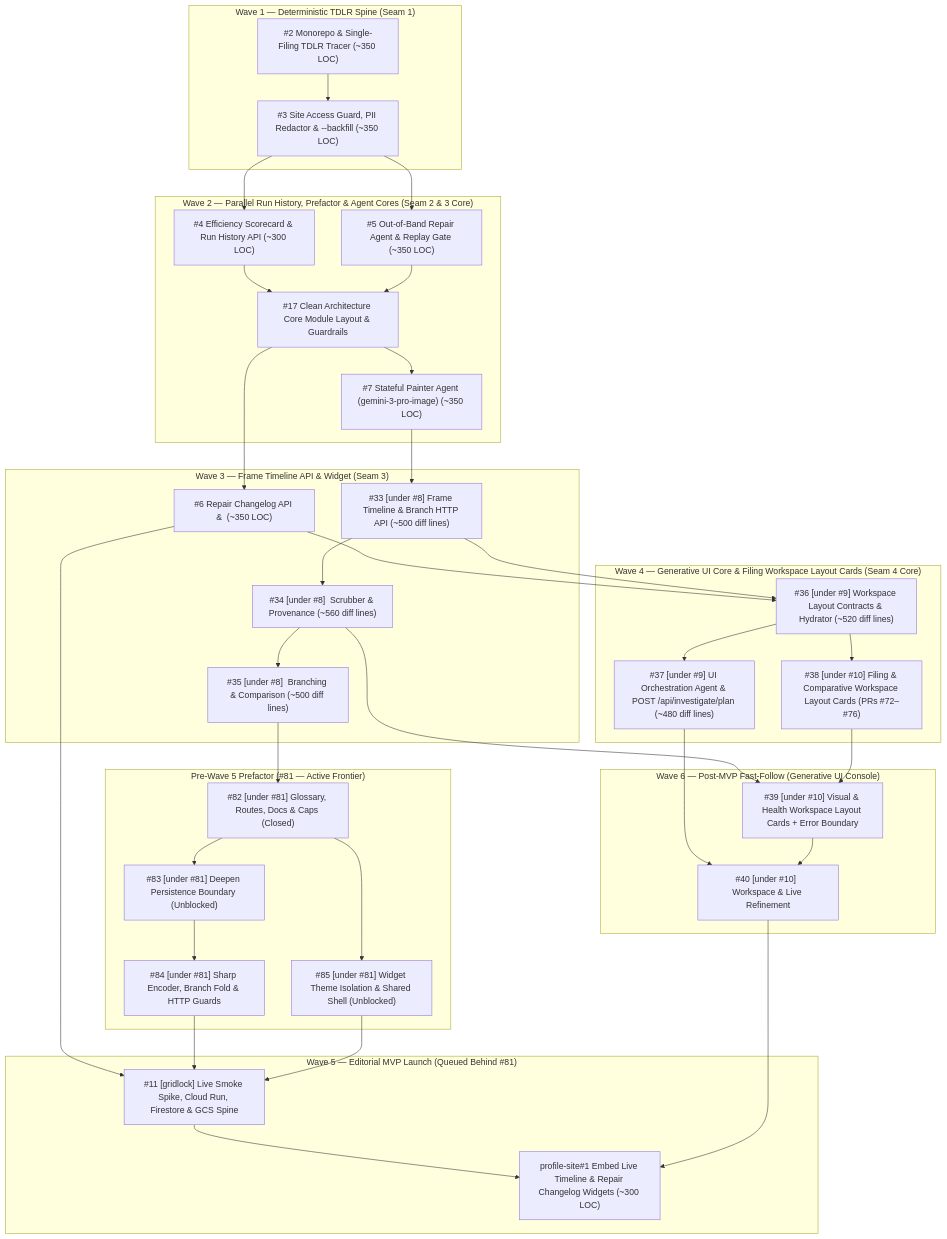
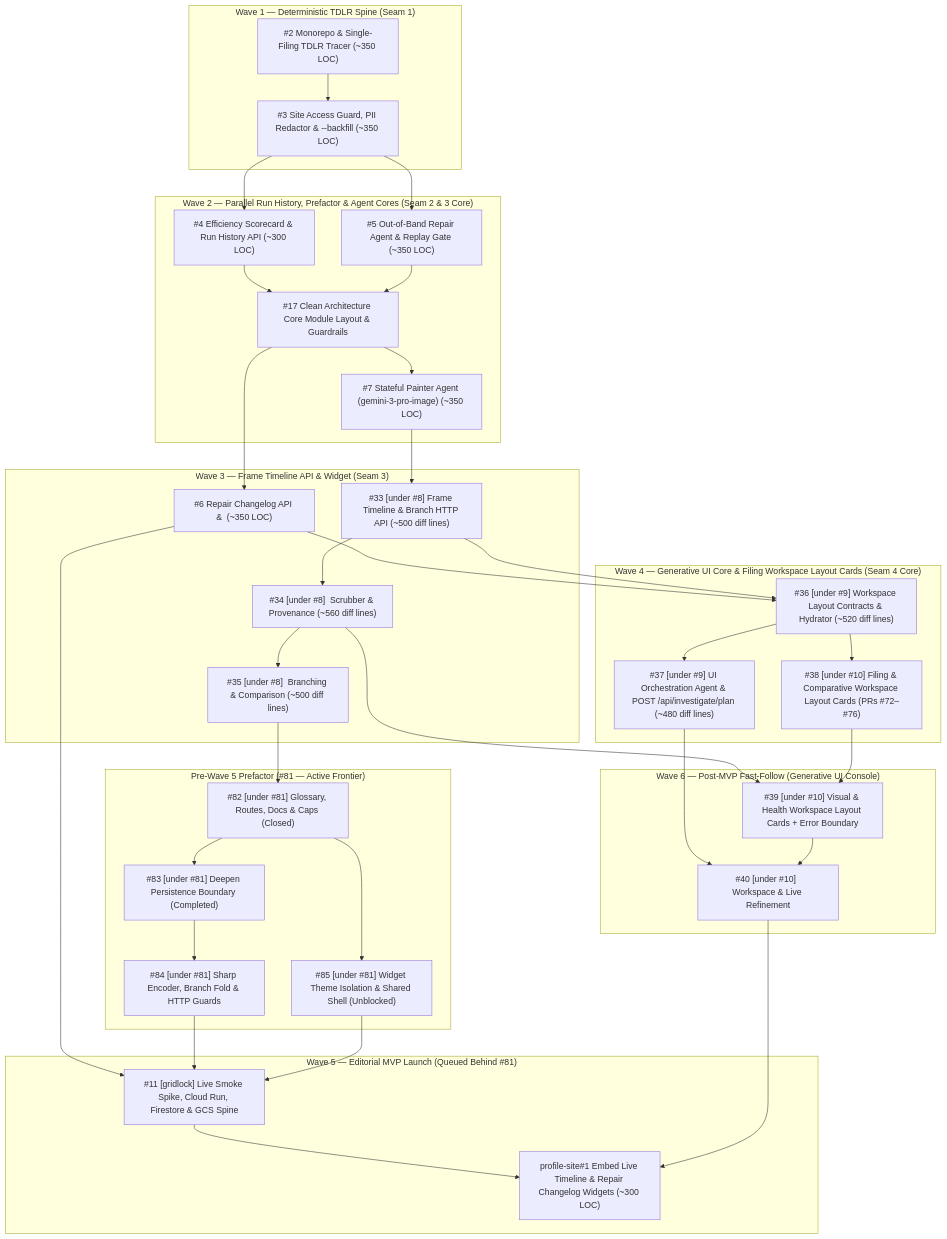
The diagram in ROADMAP.md (samasastudio/gridlock), drawn with Mermaid before and after one commit. The commit also changed other lines of this file and 1 other file, not shown here.

Commit message:
test(core): add persistence boundary verification suite and update roadmap (#83 part 2/2)

````diff
--- a/ROADMAP.md
+++ b/ROADMAP.md
@@ -46,50 +46,50 @@
 ```mermaid
 flowchart TD
   subgraph Wave1["Wave 1 — Deterministic TDLR Spine (Seam 1)"]
     T2["#2 Monorepo & Single-Filing TDLR Tracer (~350 LOC)"] --> T3["#3 Site Access Guard, PII Redactor & --backfill (~350 LOC)"]
   end
 
   subgraph Wave2["Wave 2 — Parallel Run History, Prefactor & Agent Cores (Seam 2 & 3 Core)"]
     T3 --> T4["#4 Efficiency Scorecard & Run History API (~300 LOC)"]
     T3 --> T5["#5 Out-of-Band Repair Agent & Replay Gate (~350 LOC)"]
     T4 --> T17["#17 Clean Architecture Core Module Layout & Guardrails"]
     T5 --> T17
     T17 --> T7["#7 Stateful Painter Agent (gemini-3-pro-image) (~350 LOC)"]
   end
 
   subgraph Wave3["Wave 3 — Frame Timeline API & Widget (Seam 3)"]
     T17 --> T6["#6 Repair Changelog API & <GridlockRepairChangelogWidget /> (~350 LOC)"]
     T7 --> T33["#33 [under #8] Frame Timeline & Branch HTTP API (~500 diff lines)"]
     T33 --> T34["#34 [under #8] <GridlockTimelineWidget /> Scrubber & Provenance (~560 diff lines)"]
     T34 --> T35["#35 [under #8] <GridlockTimelineWidget /> Branching & Comparison (~500 diff lines)"]
   end
 
   subgraph Wave4["Wave 4 — Generative UI Core & Filing Workspace Layout Cards (Seam 4 Core)"]
     T6 --> T36["#36 [under #9] Workspace Layout Contracts & Hydrator (~520 diff lines)"]
     T33 --> T36
     T36 --> T37["#37 [under #9] UI Orchestration Agent & POST /api/investigate/plan (~480 diff lines)"]
     T36 --> T38["#38 [under #10] Filing & Comparative Workspace Layout Cards (PRs #72–#76)"]
   end
 
   subgraph PreWave5["Pre-Wave 5 Prefactor (#81 — Active Frontier)"]
     T35 --> T82["#82 [under #81] Glossary, Routes, Docs & Caps (Closed)"]
-    T82 --> T83["#83 [under #81] Deepen Persistence Boundary (Unblocked)"]
+    T82 --> T83["#83 [under #81] Deepen Persistence Boundary (Completed)"]
     T82 --> T85["#85 [under #81] Widget Theme Isolation & Shared Shell (Unblocked)"]
     T83 --> T84["#84 [under #81] Sharp Encoder, Branch Fold & HTTP Guards"]
   end
 
   subgraph Wave5["Wave 5 — Editorial MVP Launch (Queued Behind #81)"]
     T6 --> T11["#11 [gridlock] Live Smoke Spike, Cloud Run, Firestore & GCS Spine"]
     T84 --> T11
     T85 --> T11
     T11 --> P1["profile-site#1 Embed Live Timeline & Repair Changelog Widgets (~300 LOC)"]
   end
 
   subgraph Wave6["Wave 6 — Post-MVP Fast-Follow (Generative UI Console)"]
     T34 --> T39["#39 [under #10] Visual & Health Workspace Layout Cards + Error Boundary"]
     T38 --> T39
     T37 --> T40["#40 [under #10] <GridlockConsoleWidget /> Workspace & Live Refinement"]
     T39 --> T40
     T40 --> P1
   end
 ```
````
